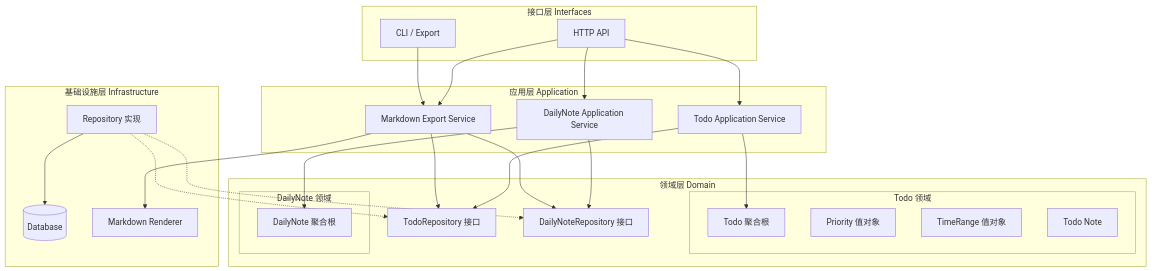
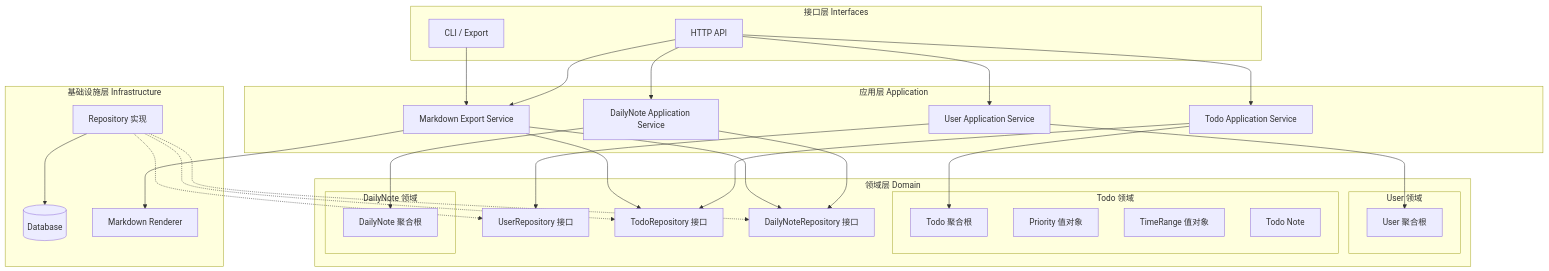
The diagram in README.md (frigidom1024/just-to-do), drawn with Mermaid before and after one commit. The commit also changed other lines of this file and 13 other files, not shown here.

````diff
--- a/README.md
+++ b/README.md
@@ -99,63 +82,74 @@
 ```mermaid
 flowchart TB
     %% ===== 接口层 =====
     subgraph Interfaces["接口层 Interfaces"]
         API[HTTP API]
         CLI[CLI / Export]
     end
 
     %% ===== 应用层 =====
     subgraph Application["应用层 Application"]
+        UserApp[User Application Service]
         TodoApp[Todo Application Service]
         DailyNoteApp[DailyNote Application Service]
         ExportApp[Markdown Export Service]
     end
 
     %% ===== 领域层 =====
     subgraph Domain["领域层 Domain"]
+        subgraph UserDomain["User 领域"]
+            User[User 聚合根]
+        end
+
         subgraph TodoDomain["Todo 领域"]
             Todo[Todo 聚合根]
             Priority[Priority 值对象]
             TimeRange[TimeRange 值对象]
             Note[Todo Note]
         end
 
         subgraph DailyNoteDomain["DailyNote 领域"]
             DailyNote[DailyNote 聚合根]
         end
 
+        UserRepo[UserRepository 接口]
         TodoRepo[TodoRepository 接口]
         DailyNoteRepo[DailyNoteRepository 接口]
     end
 
     %% ===== 基础设施层 =====
     subgraph Infrastructure["基础设施层 Infrastructure"]
         RepoImpl[Repository 实现]
         DB[(Database)]
         Markdown[Markdown Renderer]
     end
 
     %% ===== 调用关系 =====
+    API --> UserApp
     API --> TodoApp
     API --> DailyNoteApp
     API --> ExportApp
 
     CLI --> ExportApp
+
+    UserApp --> User
+    UserApp --> UserRepo
 
     TodoApp --> Todo
     TodoApp --> TodoRepo
 
     DailyNoteApp --> DailyNote
     DailyNoteApp --> DailyNoteRepo
 
     ExportApp --> TodoRepo
     ExportApp --> DailyNoteRepo
     ExportApp --> Markdown
 
     RepoImpl --> DB
 
     %% ===== 接口实现关系（关键修复点）=====
+    RepoImpl -.-> UserRepo
     RepoImpl -.-> TodoRepo
     RepoImpl -.-> DailyNoteRepo
 
 ```
````
